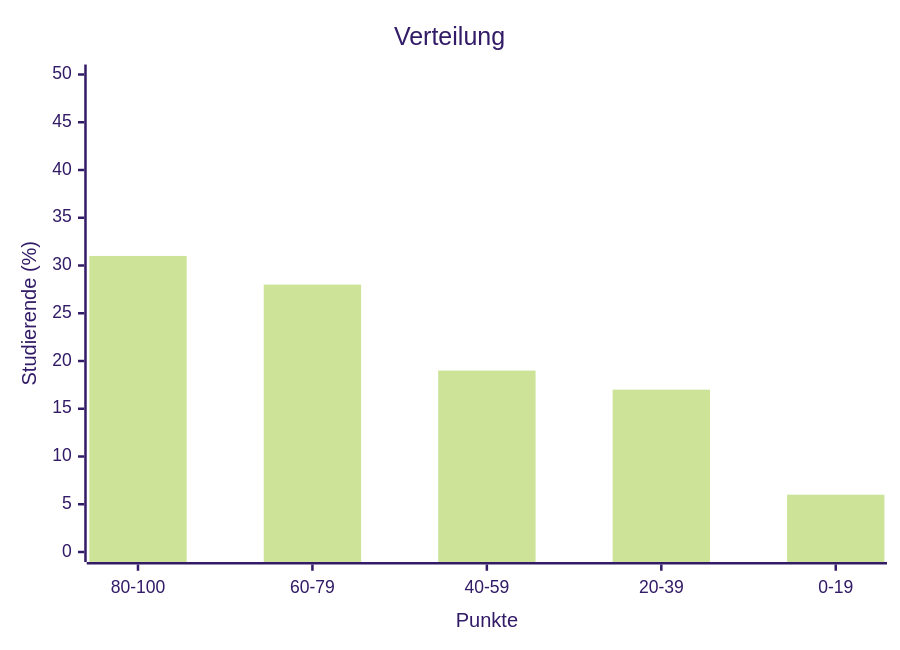
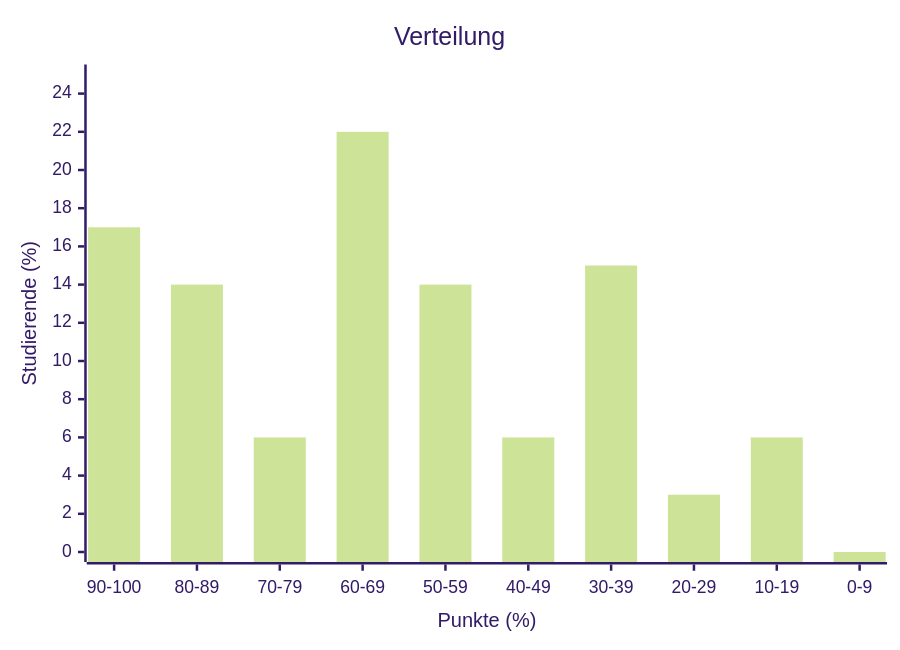
The fourth of 4 diagrams in docs/additional-material/daniel/coding1-wi/exam-results.md (jappuccini/java-docs), drawn with Mermaid (forest theme) before and after one commit. The commit also changed other lines of this file and 1 other file, not shown here.

````diff
--- a/docs/additional-material/daniel/coding1-wi/exam-results.md
+++ b/docs/additional-material/daniel/coding1-wi/exam-results.md
@@ -66,7 +56,7 @@
 ```mermaid
 xychart-beta
    title "Verteilung"
-   x-axis "Punkte" ["80-100", "60-79", "40-59", "20-39", "0-19"]
-   y-axis "Studierende (%)" 0 --> 50
-   bar [31, 28, 19, 17, 6]
+   x-axis "Punkte (%)" ["90-100", "80-89", "70-79", "60-69", "50-59", "40-49", "30-39", "20-29", "10-19", "0-9"]
+   y-axis "Studierende (%)" 0 --> 25
+   bar [17, 14, 6, 22, 14, 6, 15, 3, 6, 0]
 ```
````
